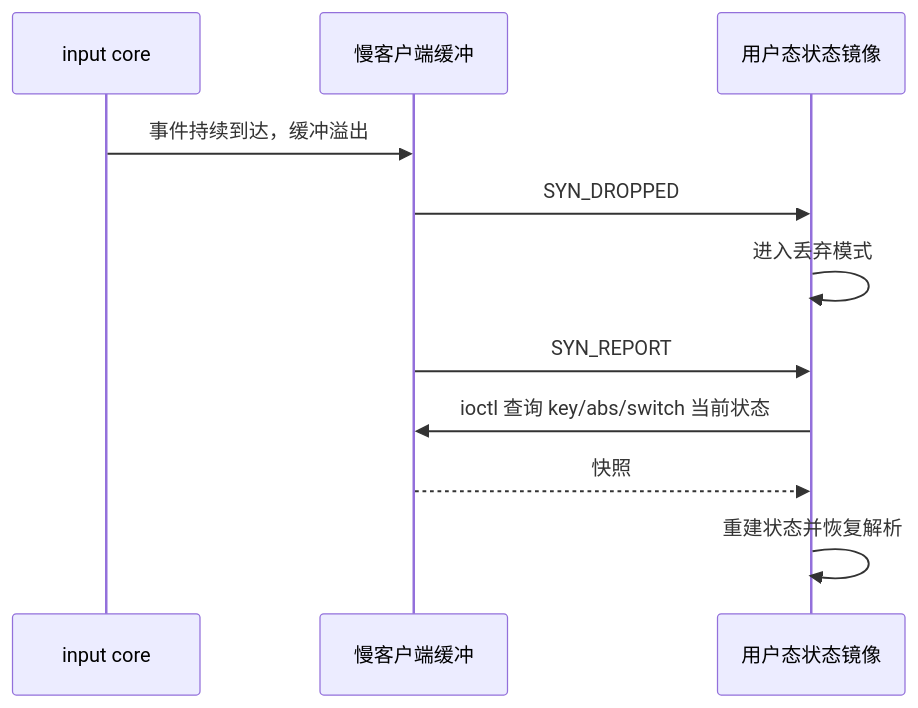
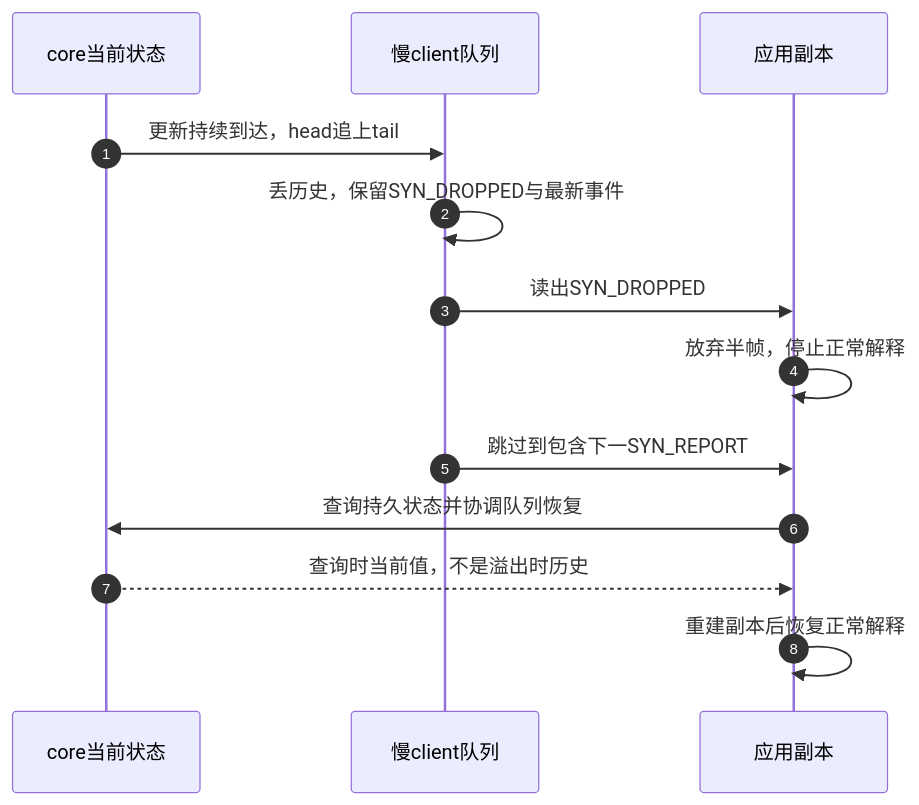
One commit to FormingSystem/linux_note changed the third of 4 diagrams in knowledge/driver_model/input/P05_并发丢帧与电源管理.md. Above: the diagram before and after it, drawn with Mermaid. The commit also changed other lines of this file and 8 other files, not shown here.

````diff
--- a/knowledge/driver_model/input/P05_并发丢帧与电源管理.md
+++ b/knowledge/driver_model/input/P05_并发丢帧与电源管理.md
@@ -56,13 +98,15 @@
 ```mermaid
 sequenceDiagram
-    participant C as input core
-    participant E as 慢客户端缓冲
-    participant U as 用户态状态镜像
-    C->>E: 事件持续到达，缓冲溢出
-    E->>U: SYN_DROPPED
-    U->>U: 进入丢弃模式
-    E->>U: SYN_REPORT
-    U->>E: ioctl 查询 key/abs/switch 当前状态
-    E-->>U: 快照
-    U->>U: 重建状态并恢复解析
+    autonumber
+    participant C as core当前状态
+    participant E as 慢client队列
+    participant U as 应用副本
+    C->>E: 更新持续到达，head追上tail
+    E->>E: 丢历史，保留SYN_DROPPED与最新事件
+    E->>U: 读出SYN_DROPPED
+    U->>U: 放弃半帧，停止正常解释
+    E->>U: 跳过到包含下一SYN_REPORT
+    U->>C: 查询持久状态并协调队列恢复
+    C-->>U: 查询时当前值，不是溢出时历史
+    U->>U: 重建副本后恢复正常解释
 ```
````
